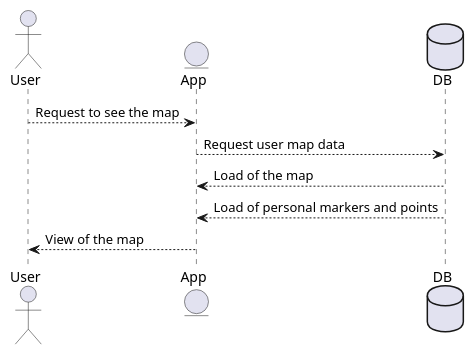
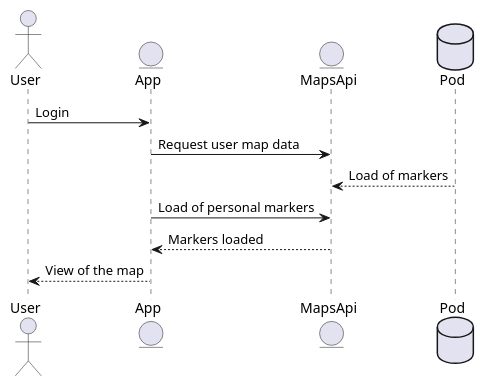
One commit to Arquisoft/lomap_es4a changed the second of 3 diagrams in docs/06_runtime_view.adoc. Above: the diagram before and after it, drawn with PlantUML. The commit also changed other lines of this file, not shown here.

```diff
--- a/docs/06_runtime_view.adoc
+++ b/docs/06_runtime_view.adoc
@@ -51,11 +48,13 @@
 [plantuml,"Sequence diagram2",png]
 ----
 actor User
 entity App
-database Pod as "DB"
-User --> App: Request to see the map
-App --> Pod: Request user map data
-Pod --> App: Load of the map
-Pod --> App: Load of personal markers and points
+entity MapsApi
+database Pod 
+User -> App: Login
+App -> MapsApi: Request user map data
+Pod --> MapsApi: Load of markers
+App -> MapsApi: Load of personal markers
+MapsApi--> App : Markers loaded
 App --> User: View of the map
 ----
```
